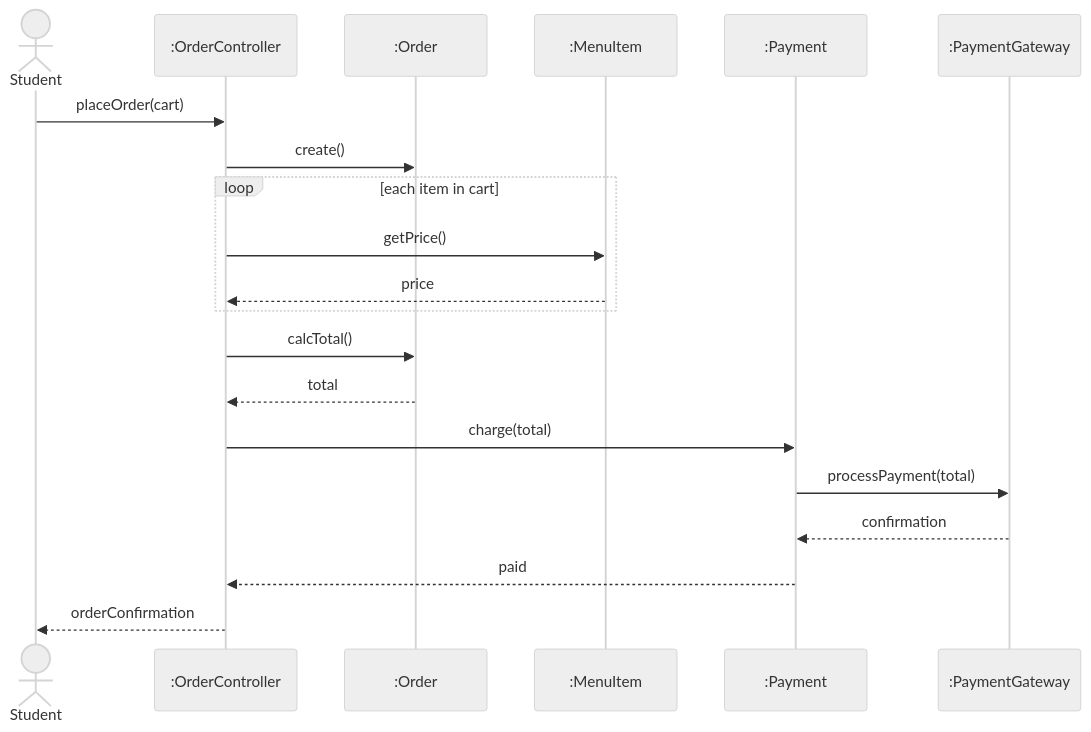
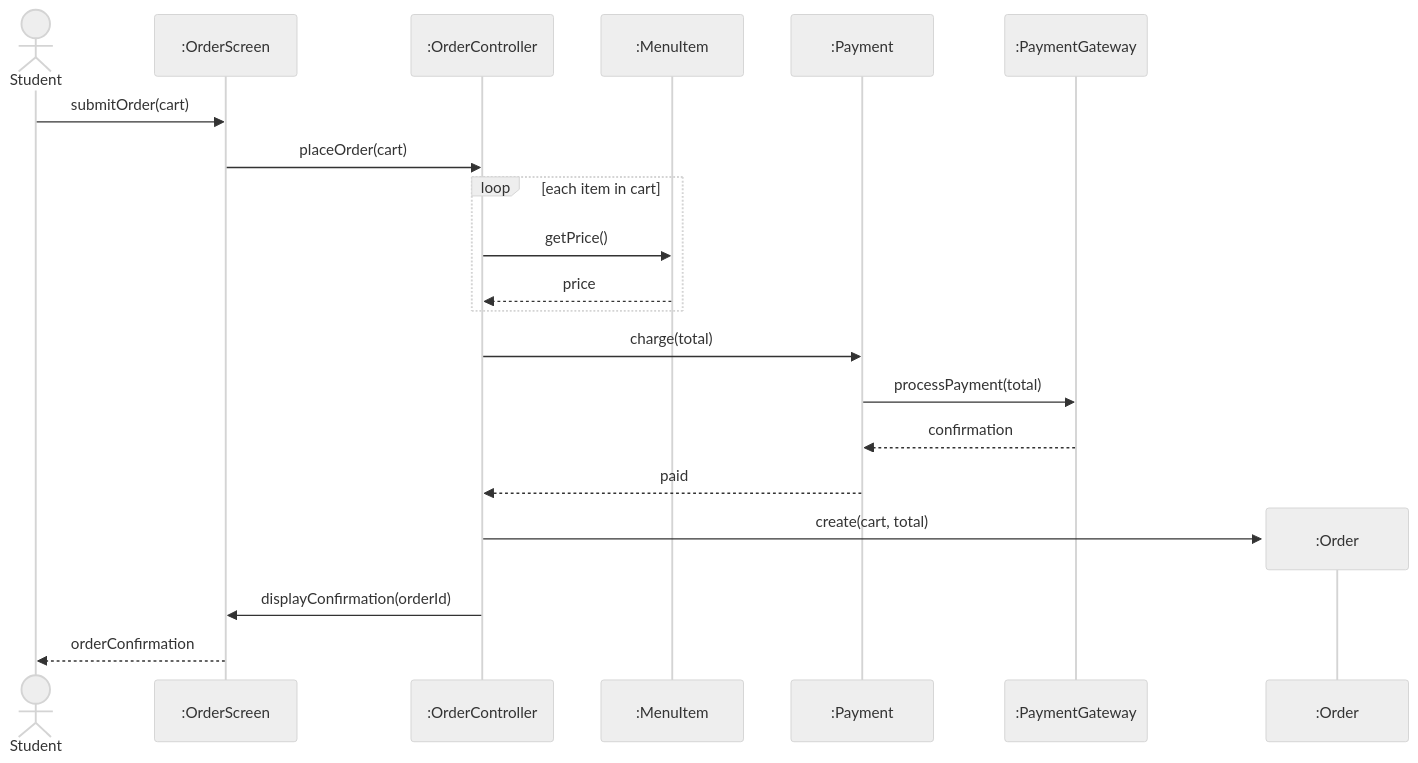
The fourth of 5 diagrams in EXAM-DIAGRAMS-AND-DESCRIPTIONS.md (Beh69/Software-dev-lectures), drawn with Mermaid (neutral theme) before and after one commit. The commit also changed other lines of this file and 3 other files, not shown here.

Commit message:
Correct exam guide diagrams, citations, and practice answers

````diff
--- a/EXAM-DIAGRAMS-AND-DESCRIPTIONS.md
+++ b/EXAM-DIAGRAMS-AND-DESCRIPTIONS.md
@@ -284,23 +313,24 @@
 ```mermaid
 sequenceDiagram
     actor Student
+    participant S as :OrderScreen
     participant C as :OrderController
-    participant O as :Order
     participant M as :MenuItem
     participant P as :Payment
     participant G as :PaymentGateway
 
-    Student->>C: placeOrder(cart)
-    C->>O: create()
+    Student->>S: submitOrder(cart)
+    S->>C: placeOrder(cart)
     loop each item in cart
         C->>M: getPrice()
         M-->>C: price
     end
-    C->>O: calcTotal()
-    O-->>C: total
     C->>P: charge(total)
     P->>G: processPayment(total)
     G-->>P: confirmation
     P-->>C: paid
-    C-->>Student: orderConfirmation
+    create participant O as :Order
+    C->>O: create(cart, total)
+    C->>S: displayConfirmation(orderId)
+    S-->>Student: orderConfirmation
 ```
````
